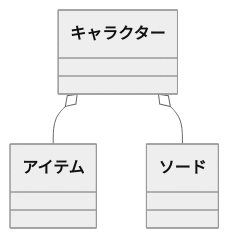
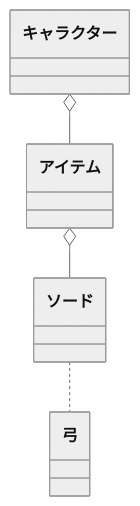
Before and after one commit to tpu-game-2023/mermaid_test: the third of 3 diagrams in README.md, drawn with Mermaid (neutral theme).

````diff
--- a/README.md
+++ b/README.md
@@ -65,5 +65,6 @@
 ```mermaid
 classDiagram
     キャラクター o-- アイテム
-    キャラクター o-- ソード
+    アイテム o-- ソード
+    ソード..弓
 ```
````
